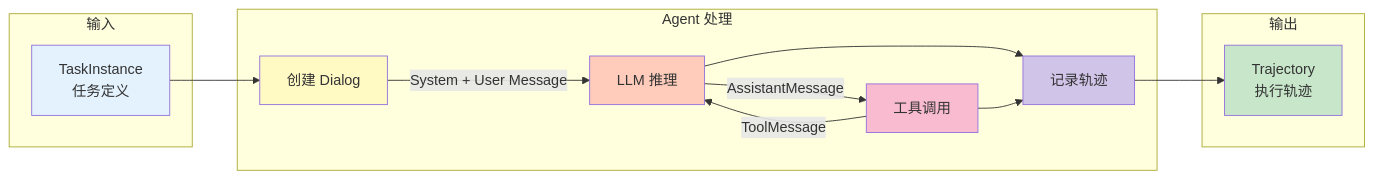
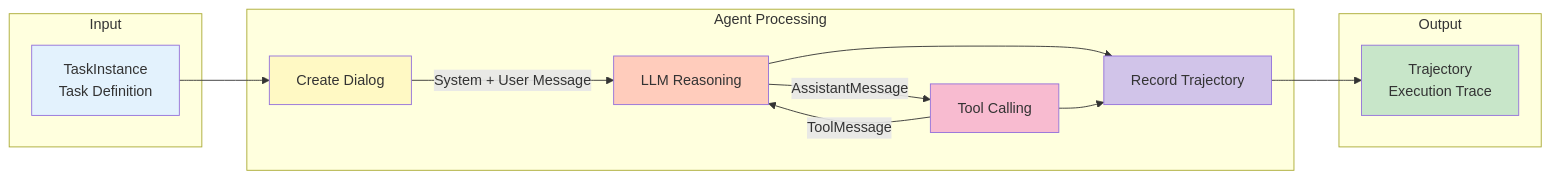
Before and after one commit to Passpoor/EvoMaster: the third of 3 diagrams in evomaster/agent/README.md, drawn with Mermaid. The commit also changed other lines of this file and 161 other files, not shown here.

````diff
--- a/evomaster/agent/README.md
+++ b/evomaster/agent/README.md
@@ -129,32 +136,32 @@
 ```mermaid
 graph LR
-    subgraph "输入"
-        Task[TaskInstance<br/>任务定义]
+    subgraph "Input"
+        Task[TaskInstance<br/>Task Definition]
     end
 
-    subgraph "Agent 处理"
-        A1[创建 Dialog]
-        A2[LLM 推理]
-        A3[工具调用]
-        A4[记录轨迹]
+    subgraph "Agent Processing"
+        A1[Create Dialog]
+        A2[LLM Reasoning]
+        A3[Tool Calling]
+        A4[Record Trajectory]
     end
 
-    subgraph "输出"
-        Traj[Trajectory<br/>执行轨迹]
+    subgraph "Output"
+        Traj[Trajectory<br/>Execution Trace]
     end
 
     Task --> A1
     A1 --> |System + User Message| A2
     A2 --> |AssistantMessage| A3
     A3 --> |ToolMessage| A2
     A2 --> A4
     A3 --> A4
     A4 --> Traj
 
     style Task fill:#e3f2fd
     style Traj fill:#c8e6c9
     style A1 fill:#fff9c4
     style A2 fill:#ffccbc
     style A3 fill:#f8bbd0
     style A4 fill:#d1c4e9
 ```
````
